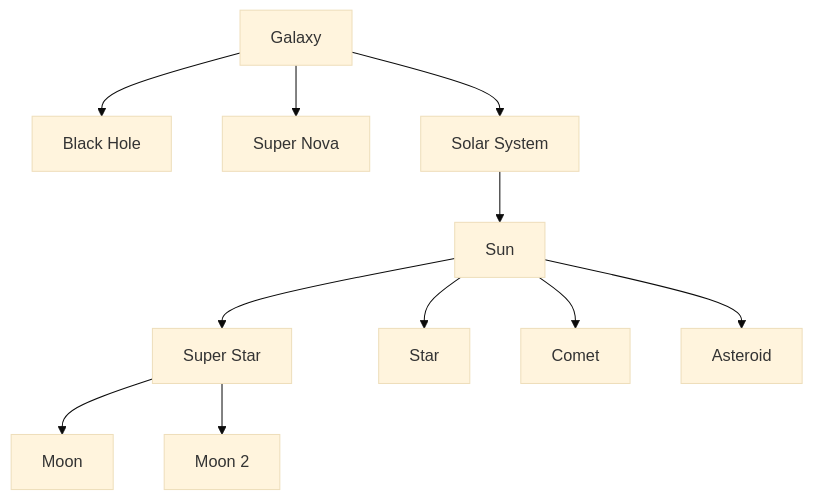
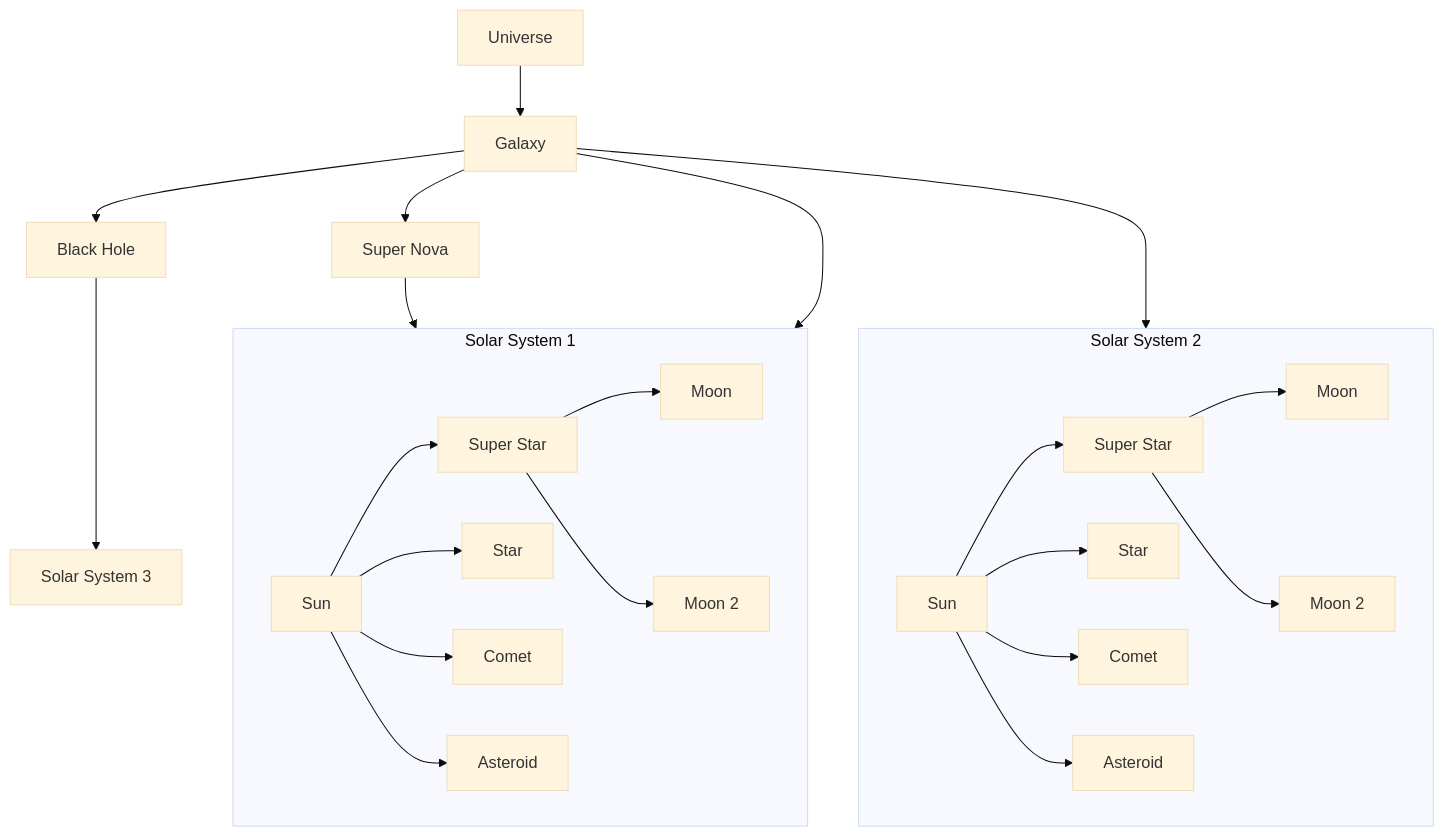
The diagram in README.md (bjornmage/BUF), drawn with Mermaid (base theme) before and after one commit.

````diff
--- a/README.md
+++ b/README.md
@@ -27,13 +27,29 @@
 ```mermaid 
 graph TD
-A[Galaxy]-->B[Black Hole]
-A[Galaxy]-->C[Super Nova]
-A[Galaxy]-->D[Solar System]
-D[Solar System]-->E[Sun]
-E[Sun]-->F[Super Star]
-E[Sun]-->G[Star]
-F[Super Star]-->H[Moon]
-F[Super Star]-->K[Moon 2]
-E[Sun]-->I[Comet]
-E[Sun]-->J[Asteroid]
+A[Universe]-->B[Galaxy]
+B[Galaxy]-->C[Black Hole]
+B[Galaxy]-->D[Super Nova]
+D[Super Nova]-->E[Solar System 1]
+B[Galaxy]--->E[Solar System 1]
+B[Galaxy]--->M[Solar System 2]
+C[Black Hole]-->Z[Solar System 3]
+subgraph E[Solar System 1]
+F[Sun]-->G[Super Star]
+F[Sun]-->H[Star]
+G[Super Star]-->I[Moon]
+G[Super Star]-->J[Moon 2]
+F[Sun]-->K[Comet]
+F[Sun]-->L[Asteroid]
+end
+
+subgraph M[Solar System 2]
+N[Sun]-->O[Super Star]
+N[Sun]-->P[Star]
+O[Super Star]-->Q[Moon]
+O[Super Star]-->R[Moon 2]
+N[Sun]-->S[Comet]
+N[Sun]-->T[Asteroid]
+end
+
+
 ```
````
